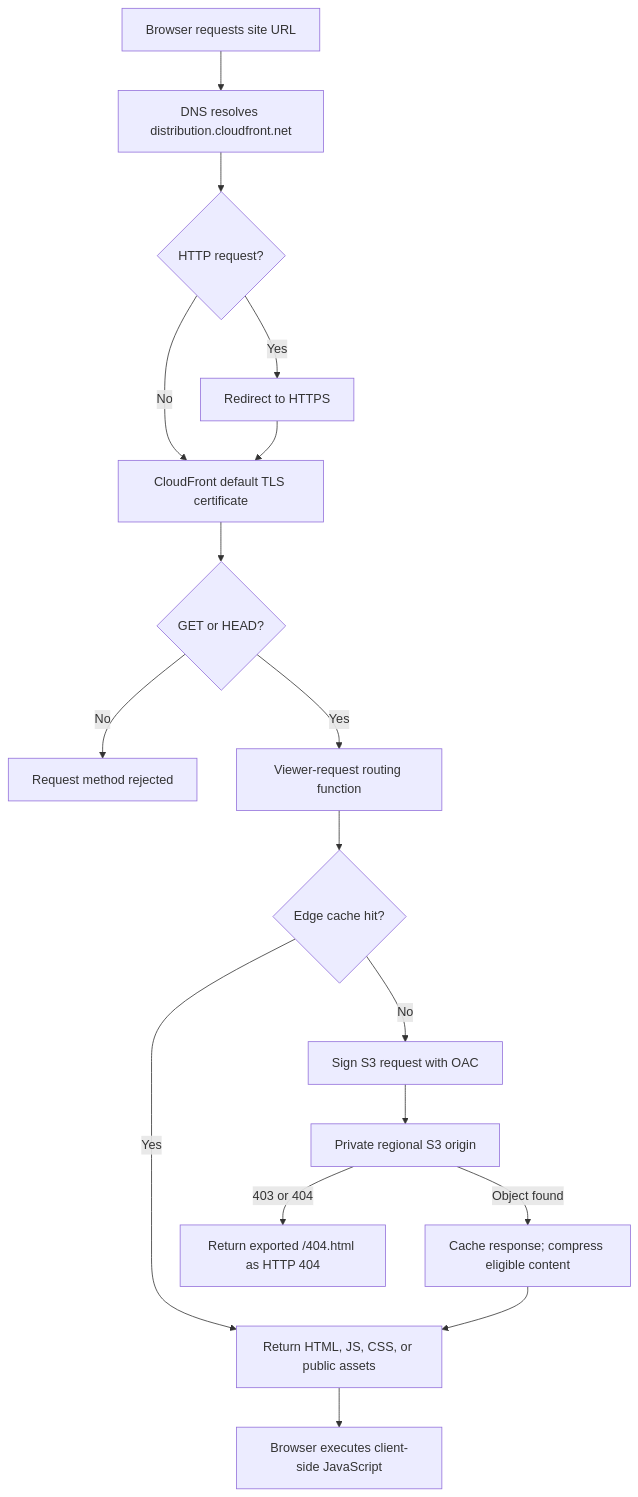
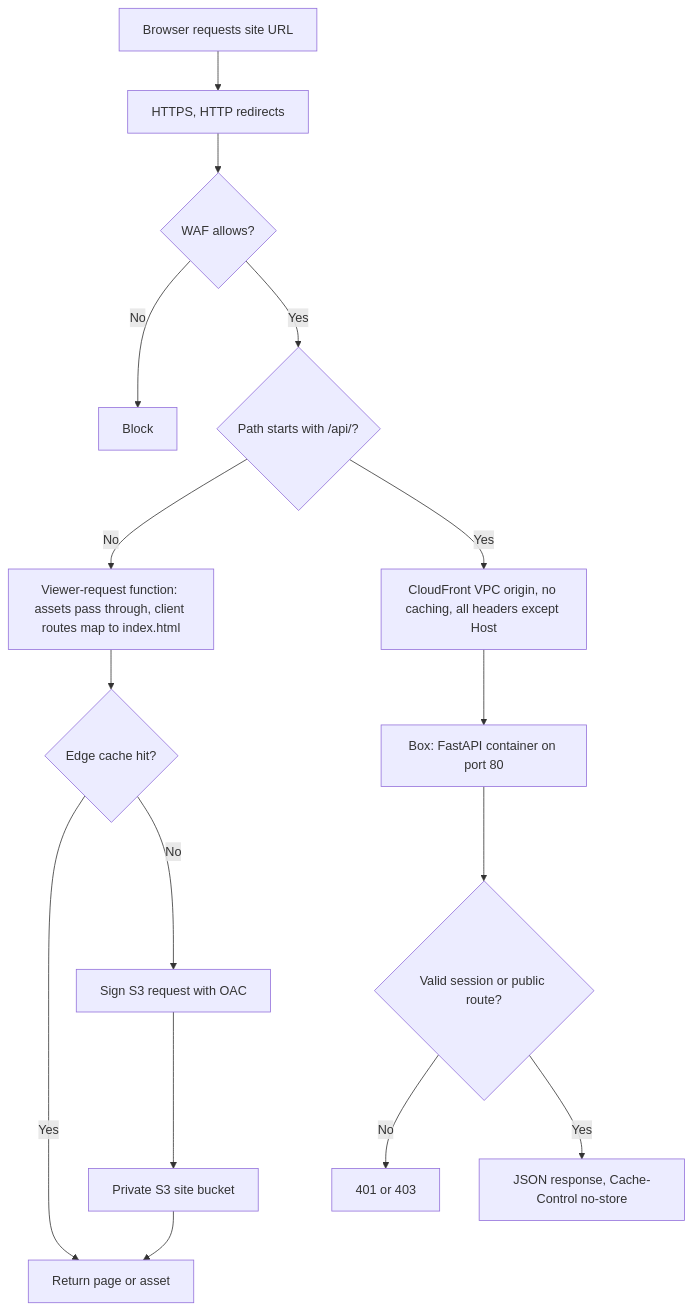
One commit to Yale-Undergraduate-Consulting-Group/club-res-website changed the seventh of 18 diagrams in docs/CI_CD.md. Above: the diagram before and after it, drawn with Mermaid. The commit also changed other lines of this file and 1 other file, not shown here.

Commit message:
Document the merged runtime, private dev, unit-test gates and account vending

````diff
--- a/docs/CI_CD.md
+++ b/docs/CI_CD.md
@@ -289,19 +306,16 @@
 ```mermaid
 flowchart TD
-  B["Browser requests site URL"] --> DNS["DNS resolves distribution.cloudfront.net"]
-  DNS --> PROTO{"HTTP request?"}
-  PROTO -->|Yes| HTTPS["Redirect to HTTPS"]
-  PROTO -->|No| TLS["CloudFront default TLS certificate"]
-  HTTPS --> TLS
-  TLS --> METHOD{"GET or HEAD?"}
-  METHOD -->|No| REJECT["Request method rejected"]
-  METHOD -->|Yes| FN["Viewer-request routing function"]
+  B["Browser requests site URL"] --> TLS["HTTPS, HTTP redirects"]
+  TLS --> WAF{"WAF allows?"}
+  WAF -->|No| BLOCK["Block"]
+  WAF -->|Yes| PATH{"Path starts with /api/?"}
+  PATH -->|No| FN["Viewer-request function: assets pass through, client routes map to index.html"]
   FN --> CACHE{"Edge cache hit?"}
-  CACHE -->|Yes| RES["Return HTML, JS, CSS, or public assets"]
-  CACHE -->|No| OAC["Sign S3 request with OAC"]
-  OAC --> S3["Private regional S3 origin"]
-  S3 -->|Object found| CACHEFILL["Cache response; compress eligible content"]
-  CACHEFILL --> RES
-  S3 -->|403 or 404| ERR["Return exported /404.html as HTTP 404"]
-  RES --> JS["Browser executes client-side JavaScript"]
+  CACHE -->|Yes| RES["Return page or asset"]
+  CACHE -->|No| OAC["Sign S3 request with OAC"] --> S3["Private S3 site bucket"] --> RES
+  PATH -->|Yes| VO["CloudFront VPC origin, no caching, all headers except Host"]
+  VO --> BOX["Box: FastAPI container on port 80"]
+  BOX --> AUTH{"Valid session or public route?"}
+  AUTH -->|No| DENY["401 or 403"]
+  AUTH -->|Yes| APIRES["JSON response, Cache-Control no-store"]
 ```
````
